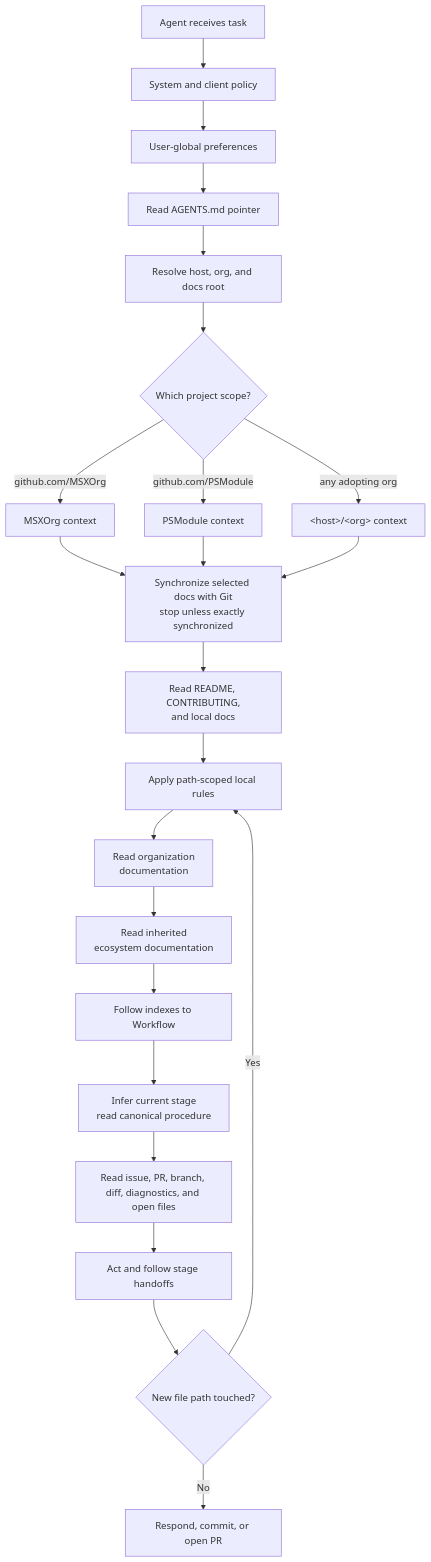
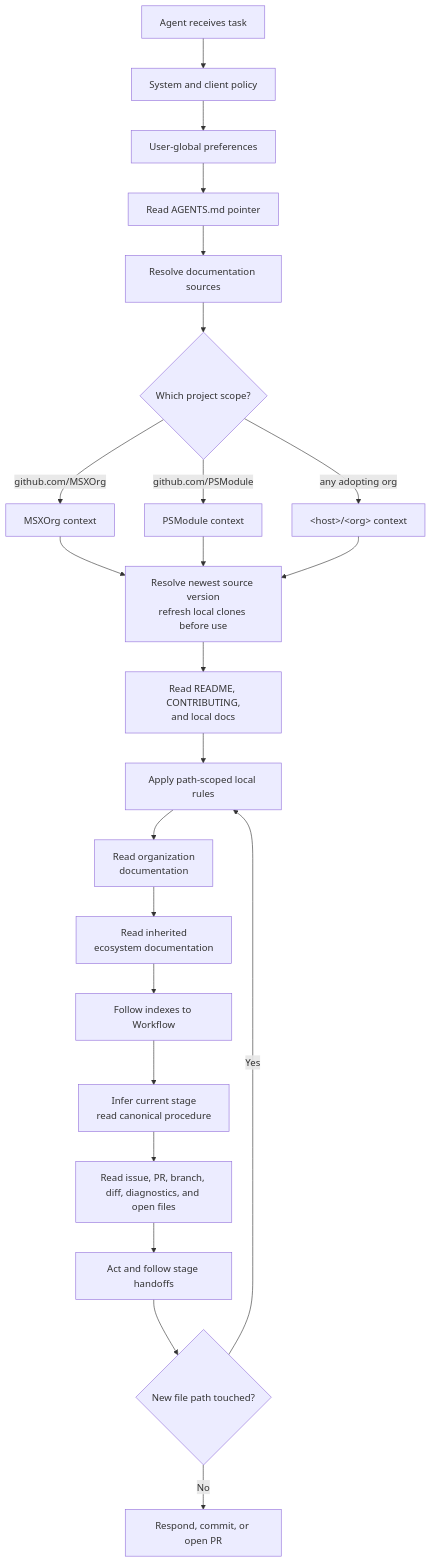
Before and after one commit to MSXOrg/docs: the diagram in src/docs/Capabilities/agentic-development/design.md, drawn with Mermaid. The commit also changed other lines of this file and 8 other files, not shown here.

Commit message:
Route agents through documentation sources

````diff
--- a/src/docs/Capabilities/agentic-development/design.md
+++ b/src/docs/Capabilities/agentic-development/design.md
@@ -100,29 +100,29 @@
 ```mermaid
 flowchart TD
   start["Agent receives task"] --> policy["System and client policy"]
   policy --> user["User-global preferences"]
   user --> pointer["Read AGENTS.md pointer"]
-  pointer --> locate["Resolve host, org, and docs root"]
+  pointer --> locate["Resolve documentation sources"]
 
   locate --> host{"Which project scope?"}
   host -->|"github.com/MSXOrg"| msx["MSXOrg context"]
   host -->|"github.com/PSModule"| psmodule["PSModule context"]
   host -->|"any adopting org"| other["&lt;host&gt;/&lt;org&gt; context"]
 
-  msx --> refresh["Synchronize selected docs with Git<br/>stop unless exactly synchronized"]
+  msx --> refresh["Resolve newest source version<br/>refresh local clones before use"]
   psmodule --> refresh
   other --> refresh
   refresh --> repo["Read README, CONTRIBUTING,<br/>and local docs"]
   repo --> path["Apply path-scoped local rules"]
   path --> orgdocs["Read organization<br/>documentation"]
   orgdocs --> docs["Read inherited<br/>ecosystem documentation"]
   docs --> workflow["Follow indexes to Workflow"]
 
   workflow --> stage["Infer current stage<br/>read canonical procedure"]
   stage --> task["Read issue, PR, branch, diff, diagnostics, and open files"]
   task --> act["Act and follow stage handoffs"]
 
   act --> newpath{"New file path touched?"}
   newpath -->|"Yes"| path
   newpath -->|"No"| done["Respond, commit, or open PR"]
 ```
````
